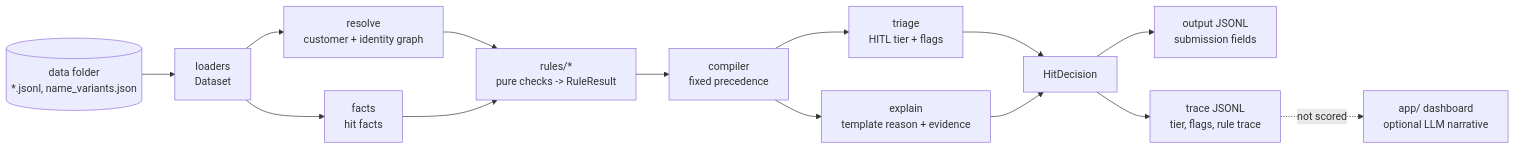
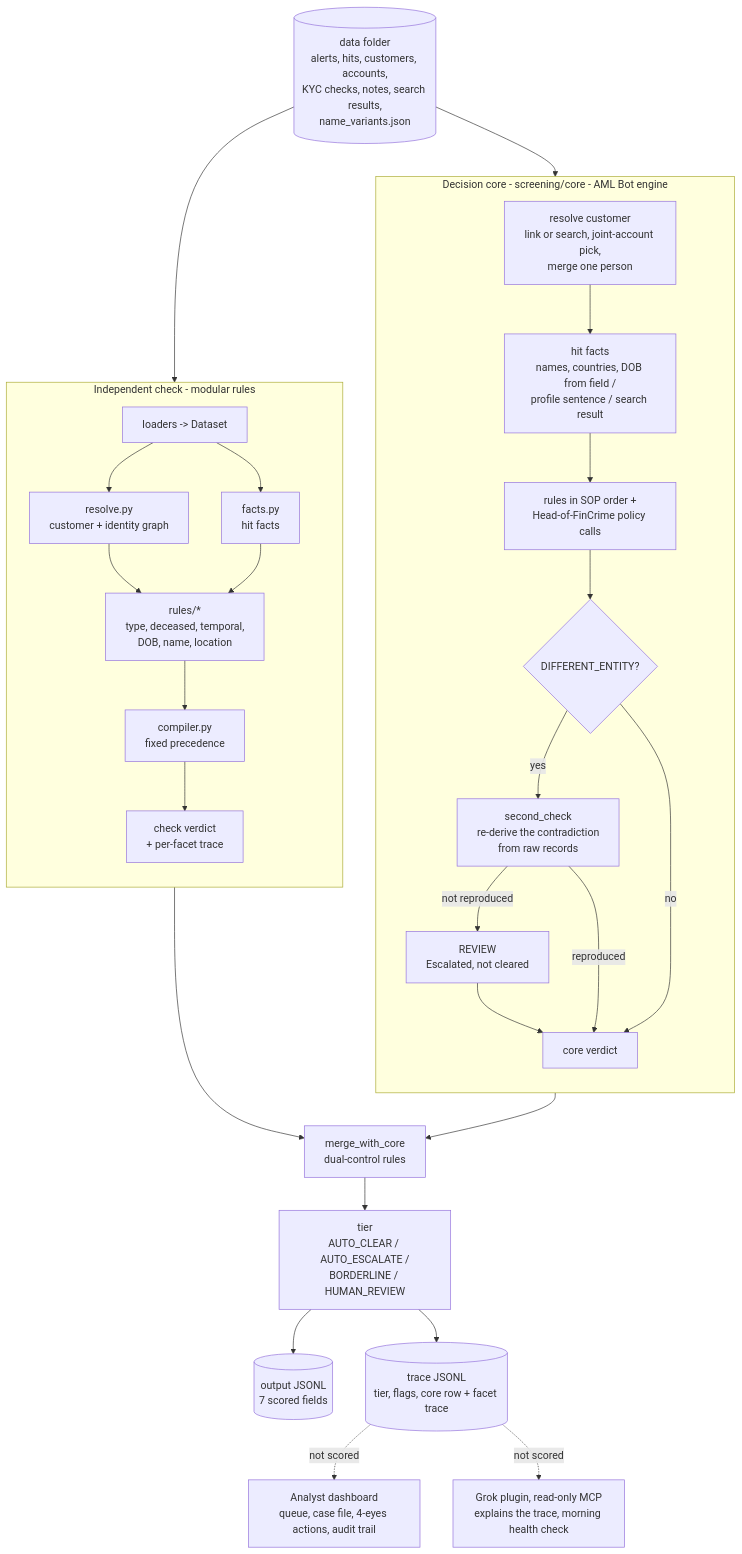
Before and after one commit to amirgulubayli/fincrim-screening: the diagram in docs/ARCHITECTURE.md, drawn with Mermaid. The commit also changed other lines of this file and 3 other files, not shown here.

First line of the commit message:
Docs: judge-facing README, dual-control architecture, HITL, demo with real hit ids (#13)

````diff
--- a/docs/ARCHITECTURE.md
+++ b/docs/ARCHITECTURE.md
@@ -5,16 +9,36 @@
 ```mermaid
-flowchart LR
-    D[(data folder<br/>*.jsonl, name_variants.json)] --> L[loaders<br/>Dataset]
-    L --> R[resolve<br/>customer + identity graph]
-    L --> F[facts<br/>hit facts]
-    R --> X[rules/*<br/>pure checks -> RuleResult]
-    F --> X
-    X --> C[compiler<br/>fixed precedence]
-    C --> T[triage<br/>HITL tier + flags]
-    C --> E[explain<br/>template reason + evidence]
-    T --> O[HitDecision]
-    E --> O
-    O --> S[output JSONL<br/>submission fields]
-    O --> TR[trace JSONL<br/>tier, flags, rule trace]
-    TR -. not scored .-> APP[app/ dashboard<br/>optional LLM narrative]
+flowchart TB
+    D[(data folder<br/>alerts, hits, customers, accounts,<br/>KYC checks, notes, search results,<br/>name_variants.json)]
+
+    subgraph CORE[Decision core - screening/core - AML Bot engine]
+        direction TB
+        C1[resolve customer<br/>link or search, joint-account pick,<br/>merge one person] --> C2[hit facts<br/>names, countries, DOB from field /<br/>profile sentence / search result]
+        C2 --> C3[rules in SOP order +<br/>Head-of-FinCrime policy calls]
+        C3 --> C4{DIFFERENT_ENTITY?}
+        C4 -- yes --> C5[second_check<br/>re-derive the contradiction<br/>from raw records]
+        C5 -- not reproduced --> C6[REVIEW<br/>Escalated, not cleared]
+        C5 -- reproduced --> CO[core verdict]
+        C4 -- no --> CO
+        C6 --> CO
+    end
+
+    subgraph CHECK[Independent check - modular rules]
+        direction TB
+        K1[loaders -> Dataset] --> K2[resolve.py<br/>customer + identity graph]
+        K1 --> K3[facts.py<br/>hit facts]
+        K2 --> K4[rules/*<br/>type, deceased, temporal,<br/>DOB, name, location]
+        K3 --> K4
+        K4 --> K5[compiler.py<br/>fixed precedence] --> KO[check verdict<br/>+ per-facet trace]
+    end
+
+    D --> CORE
+    D --> CHECK
+    CO --> M[merge_with_core<br/>dual-control rules]
+    KO --> M
+    M --> T[tier<br/>AUTO_CLEAR / AUTO_ESCALATE /<br/>BORDERLINE / HUMAN_REVIEW]
+    T --> OUT[(output JSONL<br/>7 scored fields)]
+    T --> TR[(trace JSONL<br/>tier, flags, core row + facet trace)]
+
+    TR -. not scored .-> UI[Analyst dashboard<br/>queue, case file, 4-eyes actions, audit trail]
+    TR -. not scored .-> G[Grok plugin, read-only MCP<br/>explains the trace, morning health check]
 ```
````
